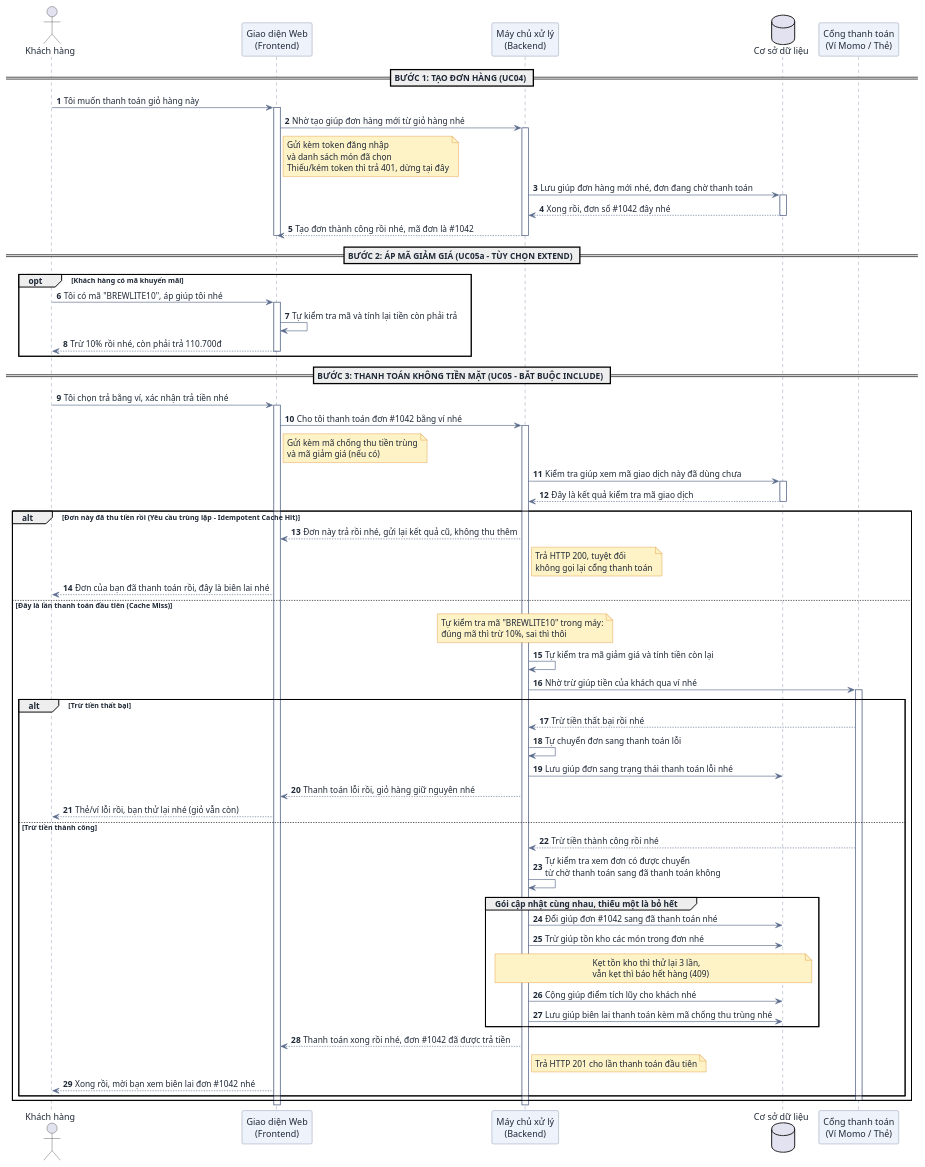
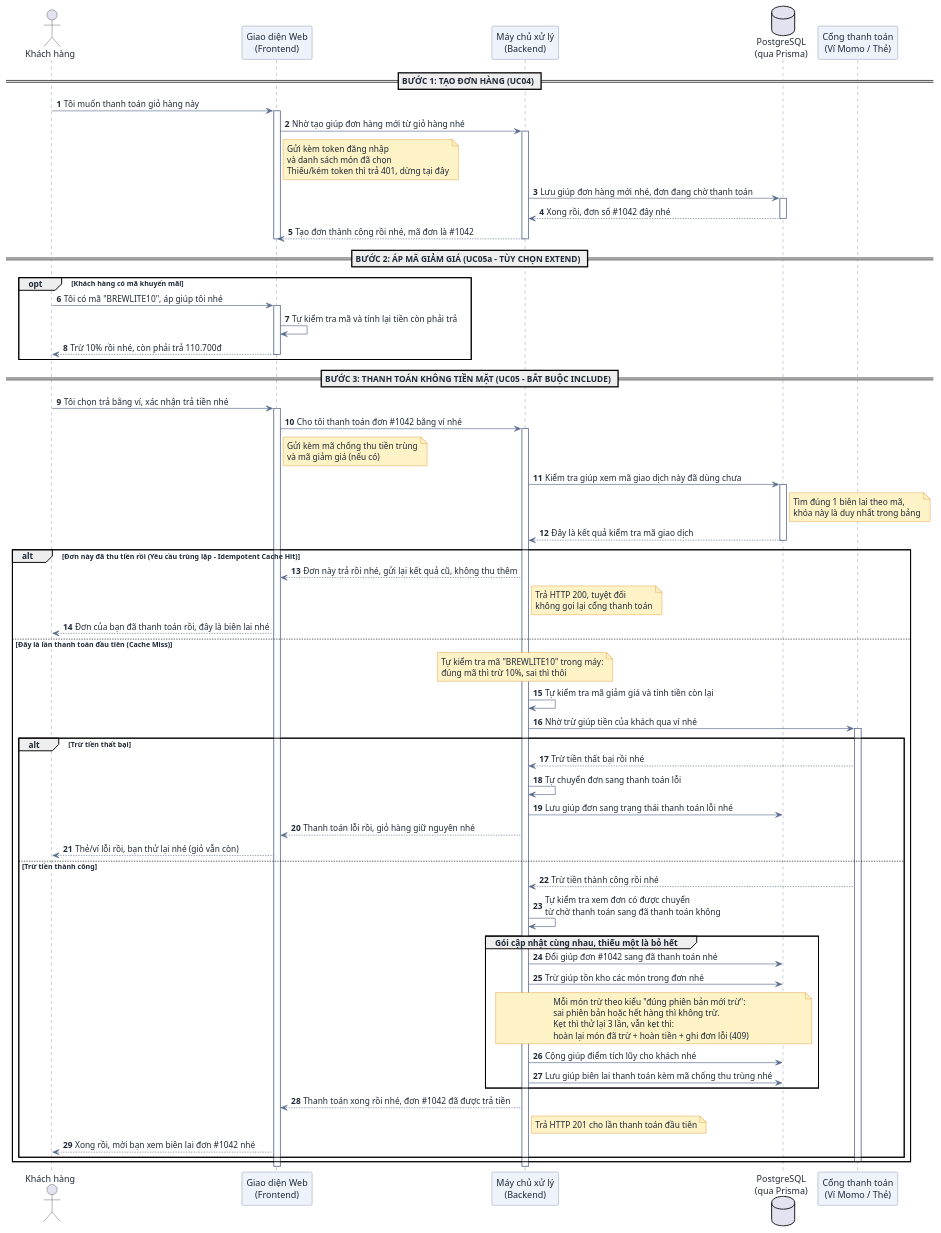
One commit to DuVinhLoi/BrewLite changed the fourth of 6 diagrams in docs/user-sequence-specifications.md. Above: the diagram before and after it, drawn with PlantUML. The commit also changed other lines of this file, not shown here.

Commit message:
docs(task-8-10): sync sequence with Postgres wiring - prisma adapters, atomic updateMany version check, compensating refund, actual-amount refund

```diff
--- a/docs/user-sequence-specifications.md
+++ b/docs/user-sequence-specifications.md
@@ -261,7 +261,7 @@
 actor "Khách hàng" as User
 participant "Giao diện Web\n(Frontend)" as FE
 participant "Máy chủ xử lý\n(Backend)" as BE
-database "Cơ sở dữ liệu" as DB
+database "PostgreSQL\n(qua Prisma)" as DB
 participant "Cổng thanh toán\n(Ví Momo / Thẻ)" as Gateway
 
 == BƯỚC 1: TẠO ĐƠN HÀNG (UC04) ==
@@ -295,6 +295,7 @@
 activate BE
 
 BE -> DB : Kiểm tra giúp xem mã giao dịch này đã dùng chưa
+note right of DB #fef3c7 : Tìm đúng 1 biên lai theo mã,\nkhóa này là duy nhất trong bảng
 activate DB
 DB --> BE : Đây là kết quả kiểm tra mã giao dịch
 deactivate DB
@@ -327,8 +328,10 @@
             BE -> DB : Đổi giúp đơn #1042 sang đã thanh toán nhé
             BE -> DB : Trừ giúp tồn kho các món trong đơn nhé
             note over BE, DB #fef3c7
-                Kẹt tồn kho thì thử lại 3 lần,
-                vẫn kẹt thì báo hết hàng (409)
+                Mỗi món trừ theo kiểu "đúng phiên bản mới trừ":
+                sai phiên bản hoặc hết hàng thì không trừ.
+                Kẹt thì thử lại 3 lần, vẫn kẹt thì:
+                hoàn lại món đã trừ + hoàn tiền + ghi đơn lỗi (409)
             end note
             BE -> DB : Cộng giúp điểm tích lũy cho khách nhé
             BE -> DB : Lưu giúp biên lai thanh toán kèm mã chống thu trùng nhé
```
